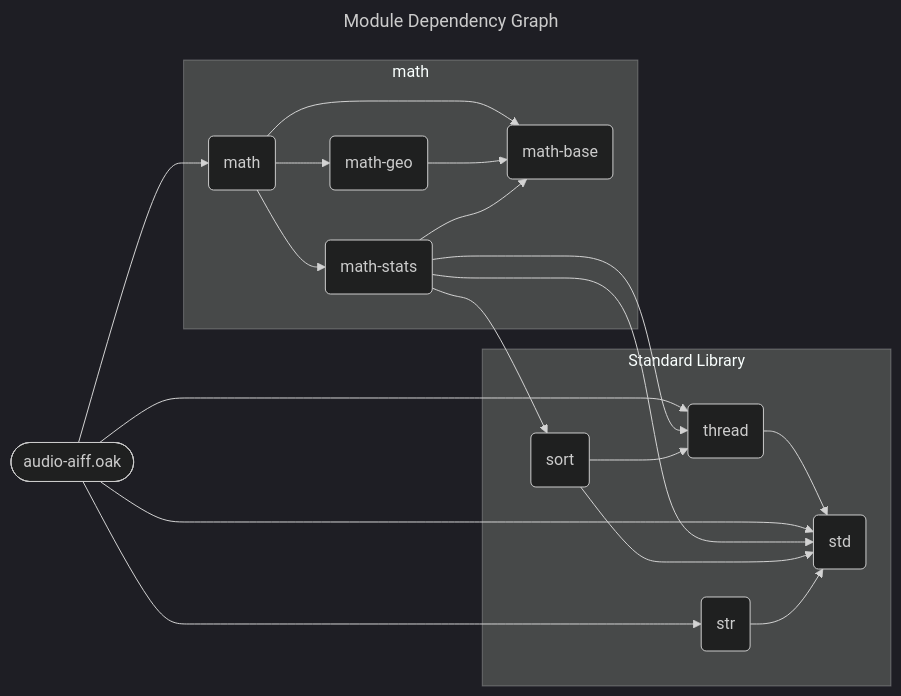
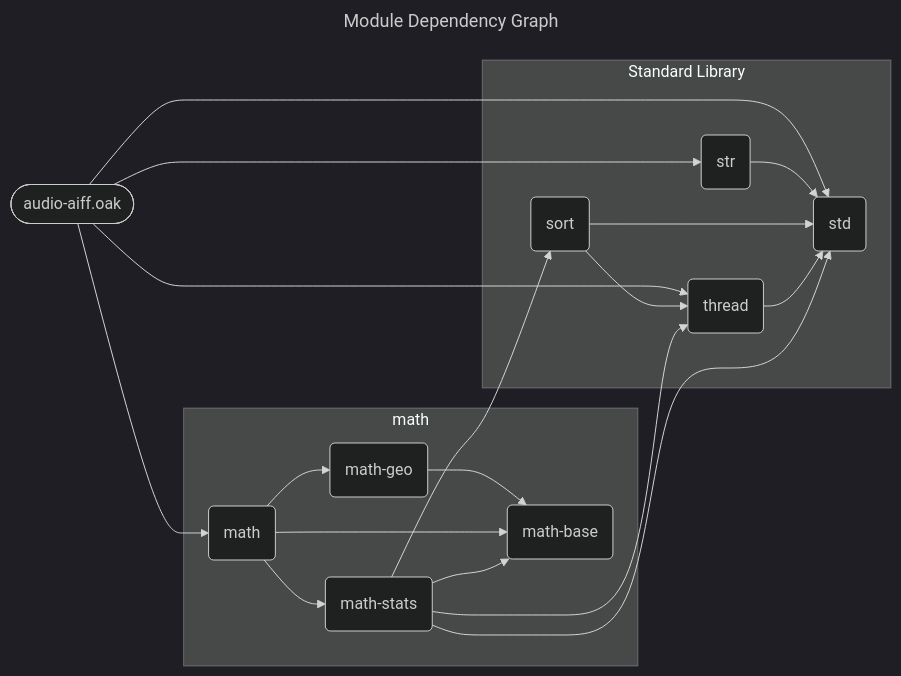
One commit to SpcFORK/magnolia changed the diagram in docs/spec/audio-aiff.mmd. Above: the diagram before and after it, drawn with Mermaid (dark theme). The commit also changed other lines of this file and 148 other files, not shown here.

First line of the commit message:
Refactor module dependency graphs and improve code generation

```diff
--- a/docs/spec/audio-aiff.mmd
+++ b/docs/spec/audio-aiff.mmd
@@ -1,33 +1,33 @@
 ---
 title: Module Dependency Graph
 ---
 flowchart LR
     lib_audio_aiff_oak(["audio-aiff.oak"])
     subgraph stdlib_math ["math"]
+        math_base("math-base")
+        math_geo("math-geo")
         math("math")
-        math_geo("math-geo")
         math_stats("math-stats")
-        math_base("math-base")
     end
     subgraph stdlib_core ["Standard Library"]
+        sort("sort")
         thread("thread")
         std("std")
-        sort("sort")
         str("str")
     end
-    math --> math_base
-    math --> math_geo
-    math --> math_stats
-    thread --> std
     lib_audio_aiff_oak --> std
     lib_audio_aiff_oak --> str
     lib_audio_aiff_oak --> math
     lib_audio_aiff_oak --> thread
+    str --> std
     math_geo --> math_base
+    math --> math_base
+    math --> math_geo
+    math --> math_stats
+    sort --> std
+    sort --> thread
+    thread --> std
     math_stats --> std
     math_stats --> sort
     math_stats --> math_base
     math_stats --> thread
-    sort --> std
-    sort --> thread
-    str --> std
```
